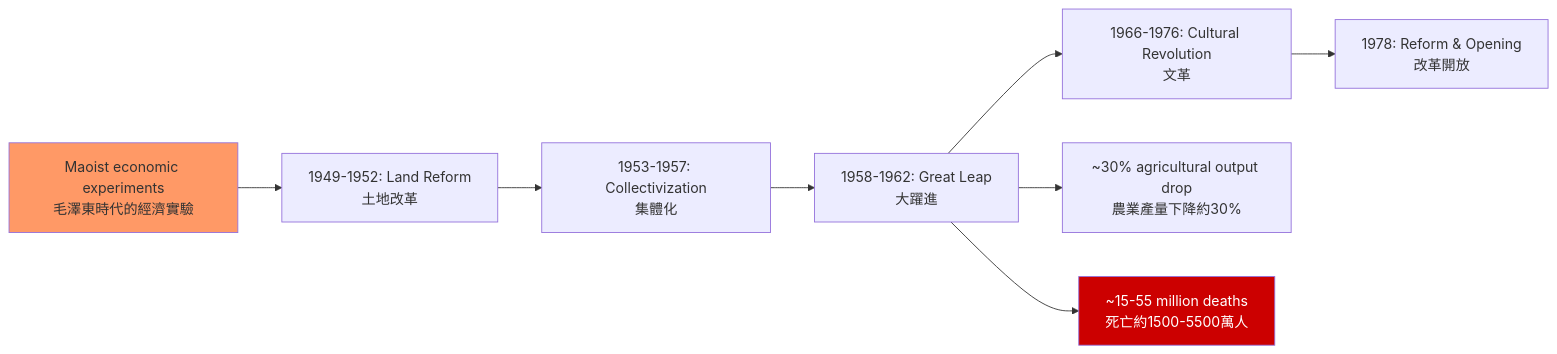
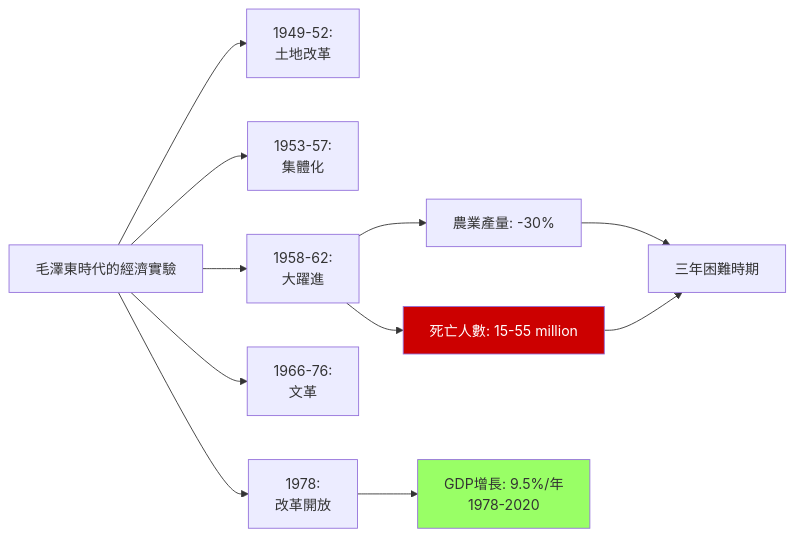
One commit to yip-lgtm/HKU-Harvard-History-Self-Study changed the third of 10 diagrams in 01_HKU_Courses/HIST2177_Economic_History_Modern_China.md. Above: the diagram before and after it, drawn with Mermaid. The commit also changed other lines of this file and 22 other files, not shown here.

````diff
--- a/01_HKU_Courses/HIST2177_Economic_History_Modern_China.md
+++ b/01_HKU_Courses/HIST2177_Economic_History_Modern_China.md
@@ -125,14 +279,17 @@
 ```mermaid
 graph LR
-    A[Maoist economic experiments<br/>毛澤東時代的經濟實驗] --> B[1949-1952: Land Reform<br/>土地改革]
-    B --> C[1953-1957: Collectivization<br/>集體化]
-    C --> D[1958-1962: Great Leap<br/>大躍進]
-    D --> E[1966-1976: Cultural Revolution<br/>文革]
-    E --> F[1978: Reform & Opening<br/>改革開放]
+    A[毛澤東時代的經濟實驗] --> B[1949-52:<br/>土地改革]
+    A --> C[1953-57:<br/>集體化]
+    A --> D[1958-62:<br/>大躍進]
+    A --> E[1966-76:<br/>文革]
+    A --> F[1978:<br/>改革開放]
     
-    D --> G[~30% agricultural output drop<br/>農業產量下降約30%]
-    D --> H[~15-55 million deaths<br/>死亡約1500-5500萬人]
+    D --> D1[農業產量: -30%]
+    D --> D2[死亡人數: 15-55 million]
+    D1 & D2 --> D3[三年困難時期]
     
-    style A fill:#f96
-    style H fill:#c00,color:#fff
+    F --> F1[GDP增長: 9.5%/年<br/>1978-2020]
+    
+    style D2 fill:#c00,color:#fff
+    style F1 fill:#9f6
 ```
````
